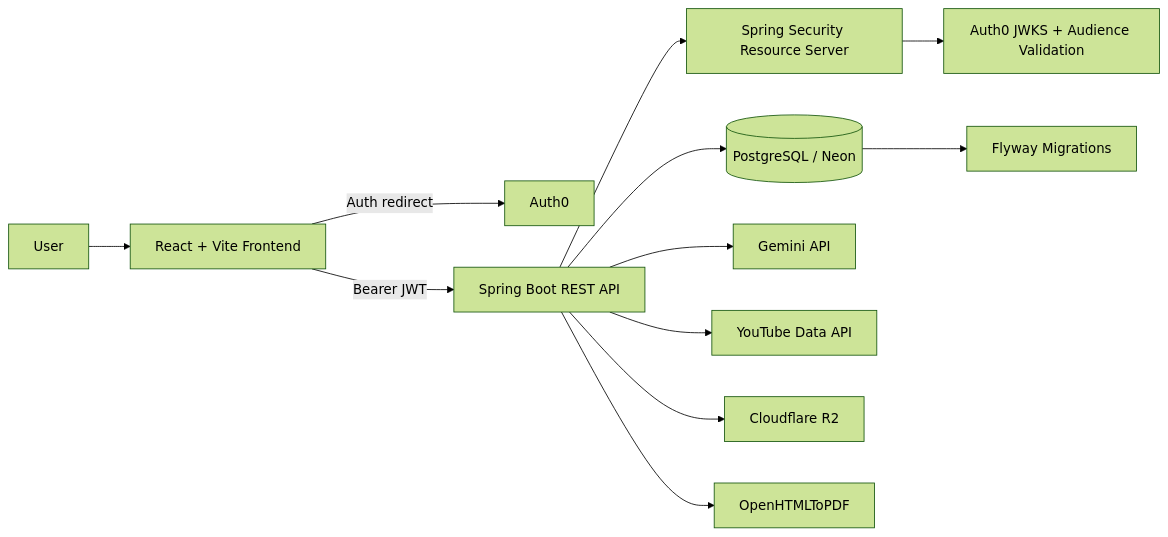
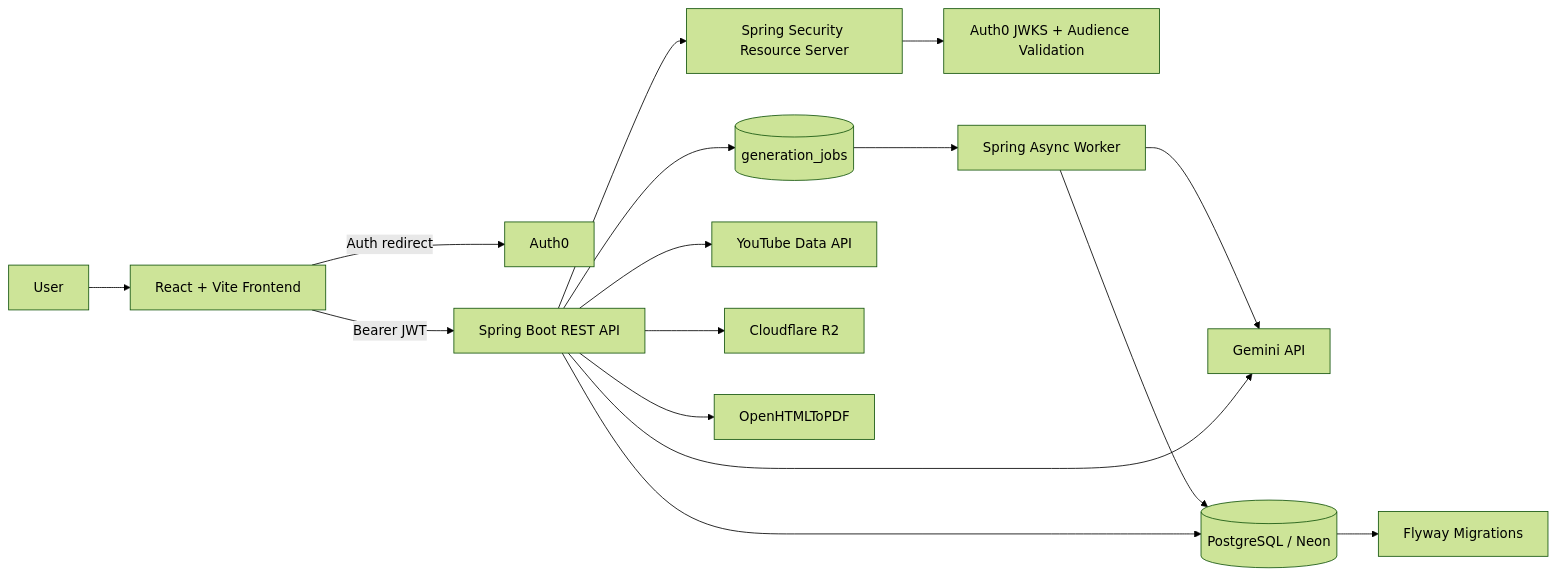
The first of 8 diagrams in README.md (abhinav1karthik/Text-to-Learn-AI), drawn with Mermaid (forest theme) before and after one commit. The commit also changed other lines of this file and 13 other files, not shown here.

Commit message:
Add async course generation jobs

````diff
--- a/README.md
+++ b/README.md
@@ -46,17 +47,21 @@
 ```mermaid
 flowchart LR
     User[User] --> Browser[React + Vite Frontend]
     Browser -->|Auth redirect| Auth0[Auth0]
     Browser -->|Bearer JWT| API[Spring Boot REST API]
 
     API --> Security[Spring Security Resource Server]
     Security --> Auth0JWKS[Auth0 JWKS + Audience Validation]
 
-    API --> DB[(PostgreSQL / Neon)]
+    API --> Jobs[(generation_jobs)]
+    Jobs --> Worker[Spring Async Worker]
+    Worker --> Gemini
+    Worker --> DB[(PostgreSQL / Neon)]
+    API --> DB
     API --> Gemini[Gemini API]
     API --> YouTube[YouTube Data API]
     API --> R2[Cloudflare R2]
     API --> PDF[OpenHTMLToPDF]
 
     DB --> Flyway[Flyway Migrations]
 ```
````
